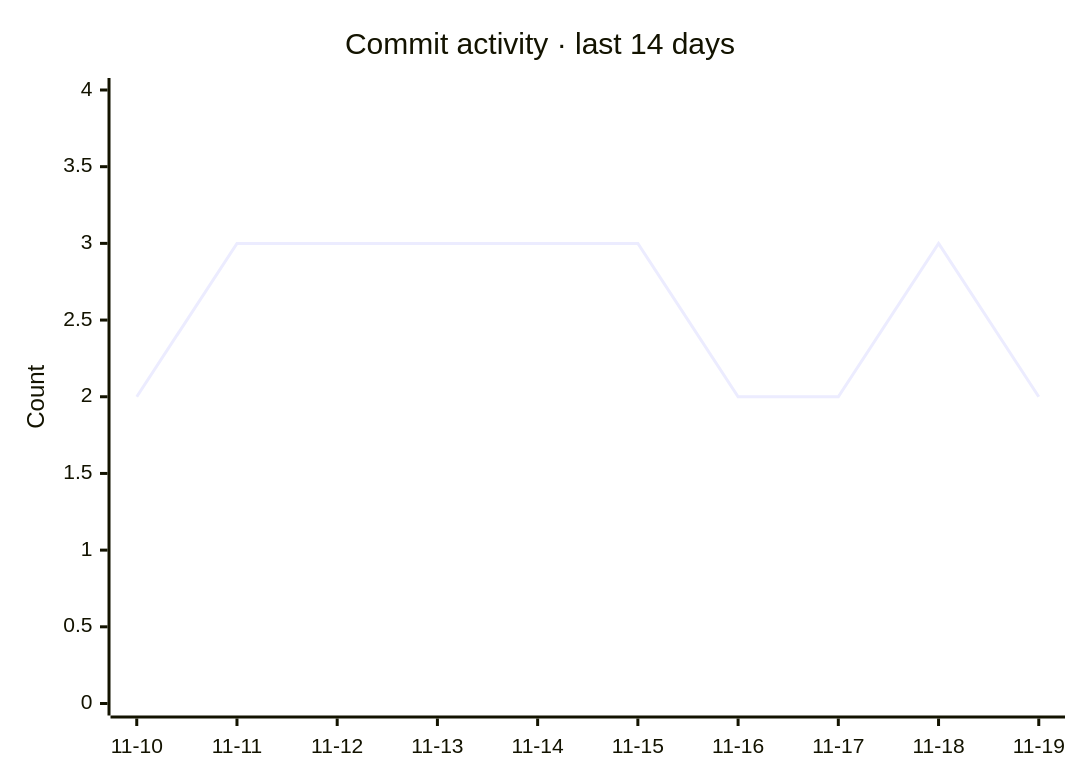
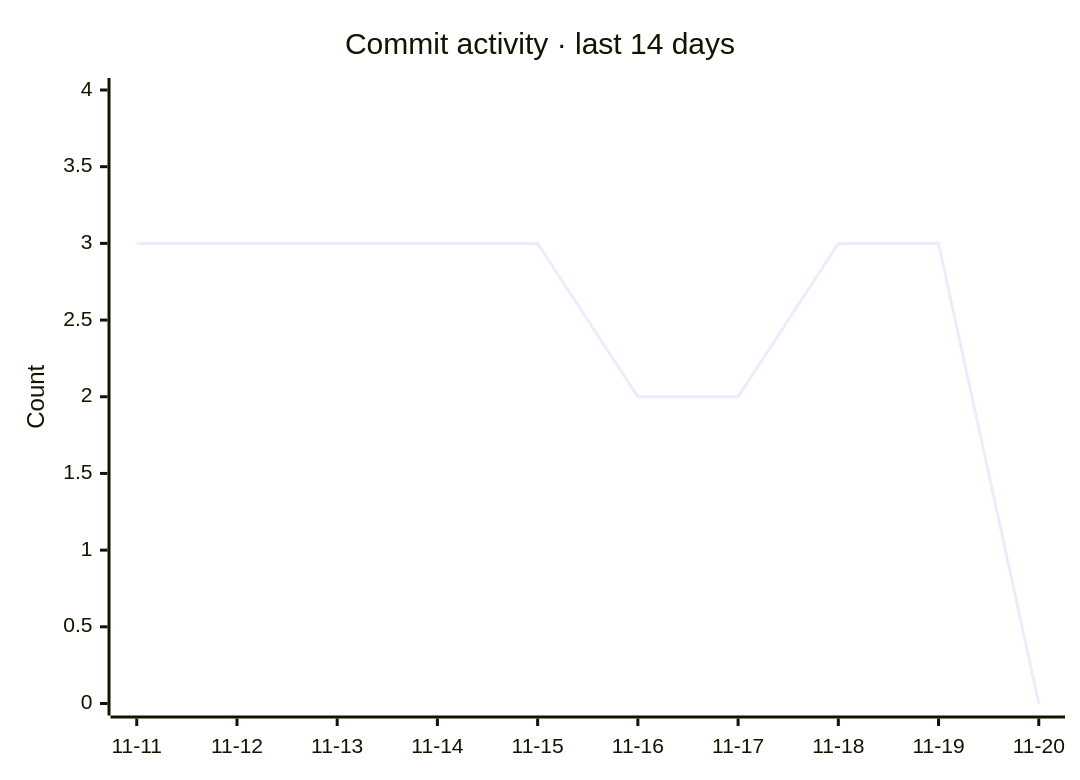
One commit to razzaqinspires/whiskay-bot changed the second of 2 diagrams in README.md. Above: the diagram before and after it, drawn with Mermaid. The commit also changed other lines of this file and 2 other files, not shown here.

Commit message:
chore(metrics): refresh GitHub traffic and update timestamp [skip ci]

````diff
--- a/README.md
+++ b/README.md
@@ -329,7 +329,7 @@
 ```mermaid
 xychart-beta
     title "Commit activity · last 14 days"
-    x-axis ["11-10", "11-11", "11-12", "11-13", "11-14", "11-15", "11-16", "11-17", "11-18", "11-19"]
+    x-axis ["11-11", "11-12", "11-13", "11-14", "11-15", "11-16", "11-17", "11-18", "11-19", "11-20"]
     y-axis "Count" 0 --> 4
-    line [2, 3, 3, 3, 3, 3, 2, 2, 3, 2]
+    line [3, 3, 3, 3, 3, 2, 2, 3, 3, 0]
 ```
````
